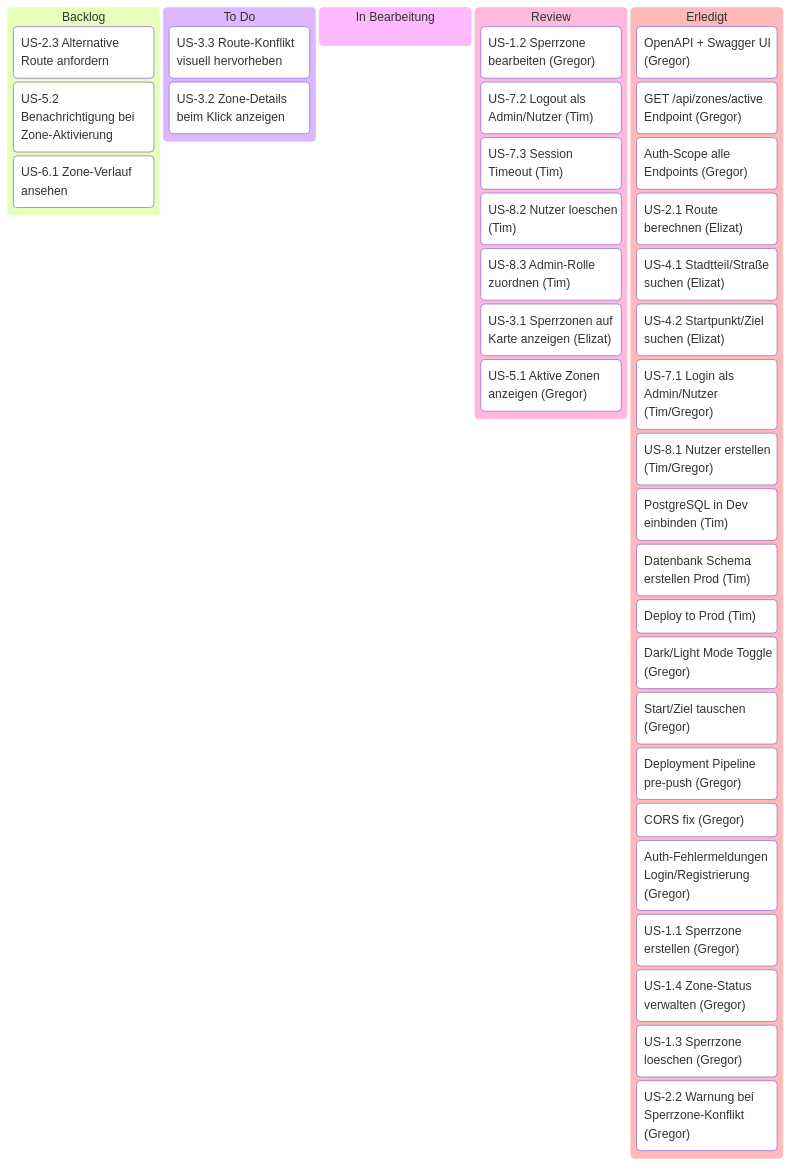
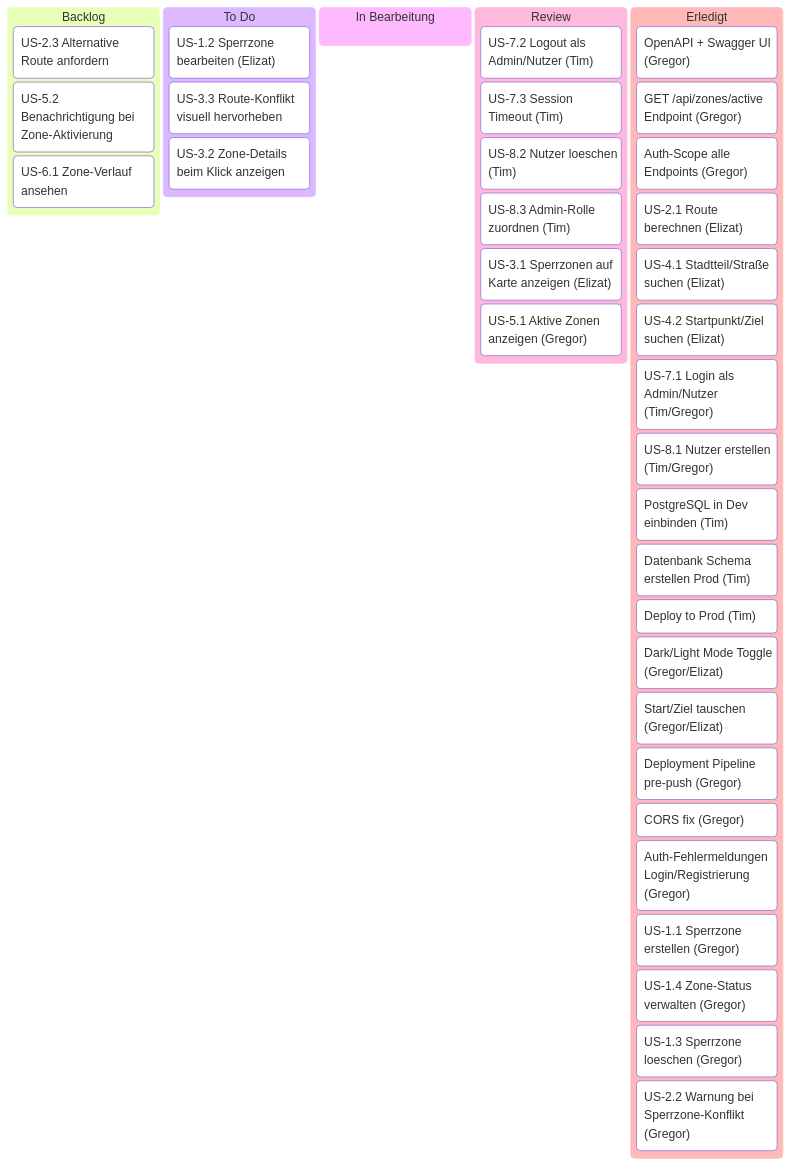
The diagram in docs/project/PLAN.md (g8rdier/urban-flow-governance), drawn with Mermaid before and after one commit.

Commit message:
docs: add Elizat to dark mode/swap, move US-1.2 to To Do

````diff
--- a/docs/project/PLAN.md
+++ b/docs/project/PLAN.md
@@ -15,49 +15,49 @@
 ```mermaid
 ---
 config:
   kanban:
     ticketBaseUrl: ''
 ---
 kanban
   Backlog
     b1[US-2.3 Alternative Route anfordern]
     b3[US-5.2 Benachrichtigung bei Zone-Aktivierung]
     b4[US-6.1 Zone-Verlauf ansehen]
 
   ToDo[To Do]
+    t1["US-1.2 Sperrzone bearbeiten (Elizat)"]
     t2[US-3.3 Route-Konflikt visuell hervorheben]
     t3[US-3.2 Zone-Details beim Klick anzeigen]
 
   InProgress[In Bearbeitung]
 
   Review
-    r1["US-1.2 Sperrzone bearbeiten (Gregor)"]
     r5["US-7.2 Logout als Admin/Nutzer (Tim)"]
     r6["US-7.3 Session Timeout (Tim)"]
     r8["US-8.2 Nutzer loeschen (Tim)"]
     r9["US-8.3 Admin-Rolle zuordnen (Tim)"]
     p3["US-3.1 Sperrzonen auf Karte anzeigen (Elizat)"]
     p4["US-5.1 Aktive Zonen anzeigen (Gregor)"]
 
   Erledigt
     d1["OpenAPI + Swagger UI (Gregor)"]
     d2["GET /api/zones/active Endpoint (Gregor)"]
     d3["Auth-Scope alle Endpoints (Gregor)"]
     d4["US-2.1 Route berechnen (Elizat)"]
     d5["US-4.1 Stadtteil/Straße suchen (Elizat)"]
     d6["US-4.2 Startpunkt/Ziel suchen (Elizat)"]
     r4["US-7.1 Login als Admin/Nutzer (Tim/Gregor)"]
     r7["US-8.1 Nutzer erstellen (Tim/Gregor)"]
     p5["PostgreSQL in Dev einbinden (Tim)"]
     t7["Datenbank Schema erstellen Prod (Tim)"]
     t8["Deploy to Prod (Tim)"]
-    d7["Dark/Light Mode Toggle (Gregor)"]
-    d8["Start/Ziel tauschen (Gregor)"]
+    d7["Dark/Light Mode Toggle (Gregor/Elizat)"]
+    d8["Start/Ziel tauschen (Gregor/Elizat)"]
     d9["Deployment Pipeline pre-push (Gregor)"]
     d10["CORS fix (Gregor)"]
     d11["Auth-Fehlermeldungen Login/Registrierung (Gregor)"]
     p1["US-1.1 Sperrzone erstellen (Gregor)"]
     p2["US-1.4 Zone-Status verwalten (Gregor)"]
     r2["US-1.3 Sperrzone loeschen (Gregor)"]
     r3["US-2.2 Warnung bei Sperrzone-Konflikt (Gregor)"]
 ```
````
